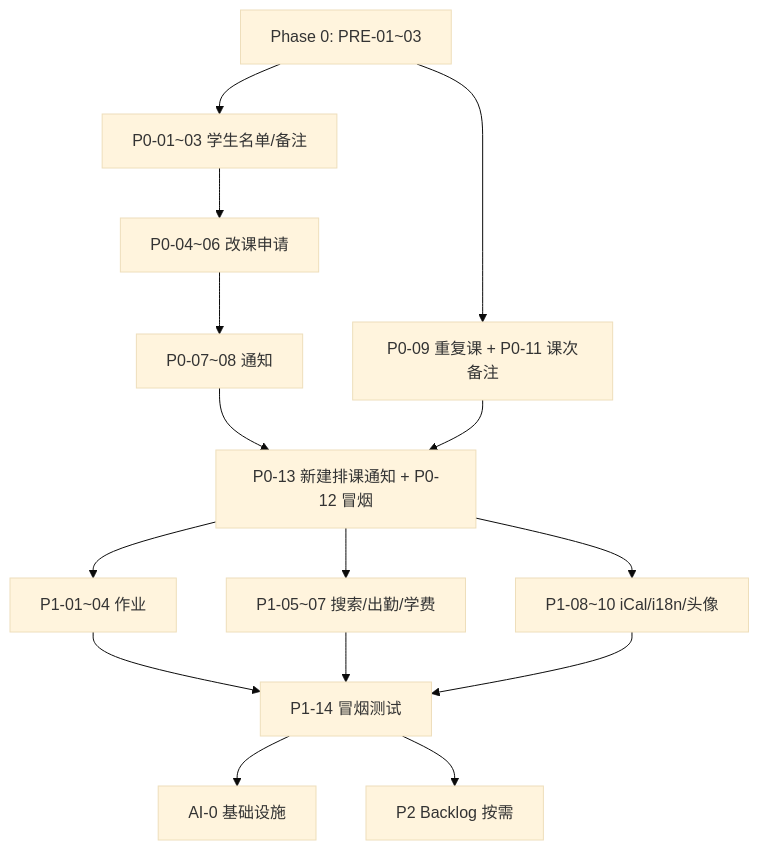
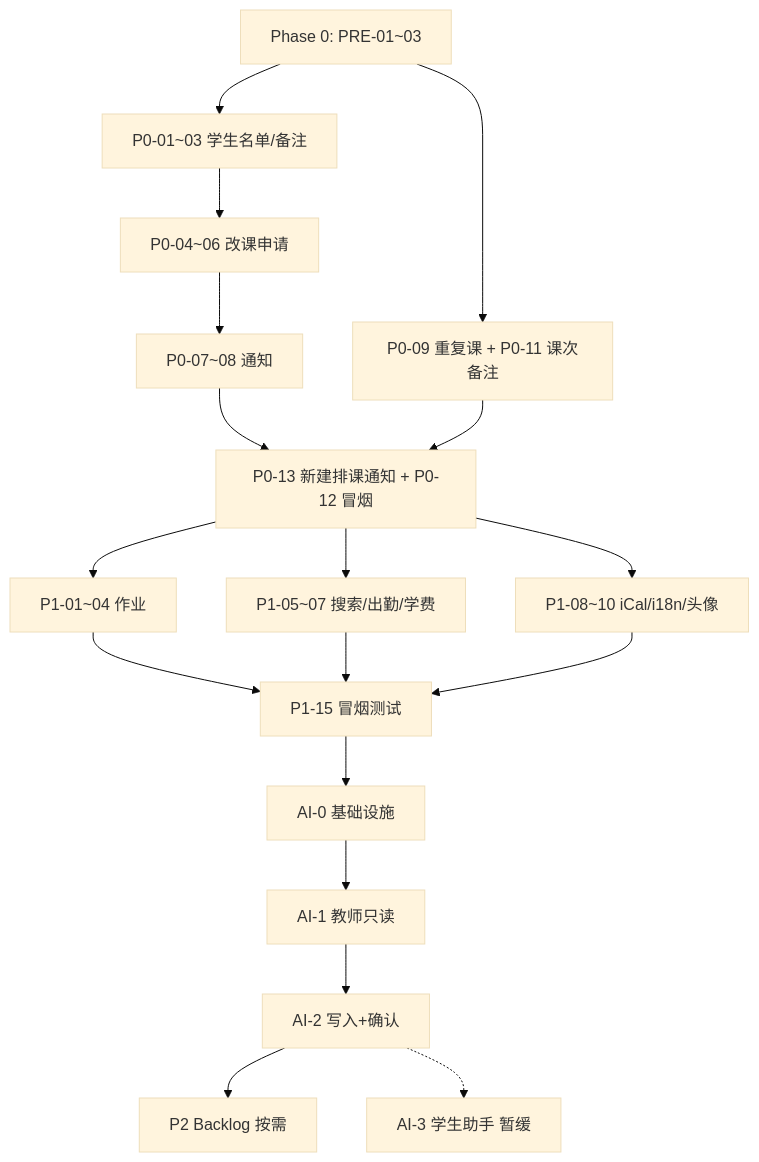
One commit to ZacahryZhou/EduSync changed the third of 3 diagrams in docs/DEVELOPMENT-ROADMAP.md. Above: the diagram before and after it, drawn with Mermaid (base theme). The commit also changed other lines of this file and 12 other files, not shown here.

````diff
--- a/docs/DEVELOPMENT-ROADMAP.md
+++ b/docs/DEVELOPMENT-ROADMAP.md
@@ -709,17 +810,20 @@
 ```mermaid
 flowchart TD
     PRE[Phase 0: PRE-01~03] --> P0A[P0-01~03 学生名单/备注]
     P0A --> P0B[P0-04~06 改课申请]
     P0B --> P0C[P0-07~08 通知]
     PRE --> P0D[P0-09 重复课 + P0-11 课次备注]
     P0C --> P0E[P0-13 新建排课通知 + P0-12 冒烟]
     P0D --> P0E
     P0E --> P1A[P1-01~04 作业]
     P0E --> P1B[P1-05~07 搜索/出勤/学费]
     P0E --> P1C[P1-08~10 iCal/i18n/头像]
-    P1A --> P1D[P1-14 冒烟测试]
+    P1A --> P1D[P1-15 冒烟测试]
     P1B --> P1D
     P1C --> P1D
-    P1D --> AI[AI-0 基础设施]
-    P1D --> P2BK[P2 Backlog 按需]
+    P1D --> AI0[AI-0 基础设施]
+    AI0 --> AI1[AI-1 教师只读]
+    AI1 --> AI2[AI-2 写入+确认]
+    AI2 --> P2BK[P2 Backlog 按需]
+    AI2 -.-> AI3[AI-3 学生助手 暂缓]
 ```
````
